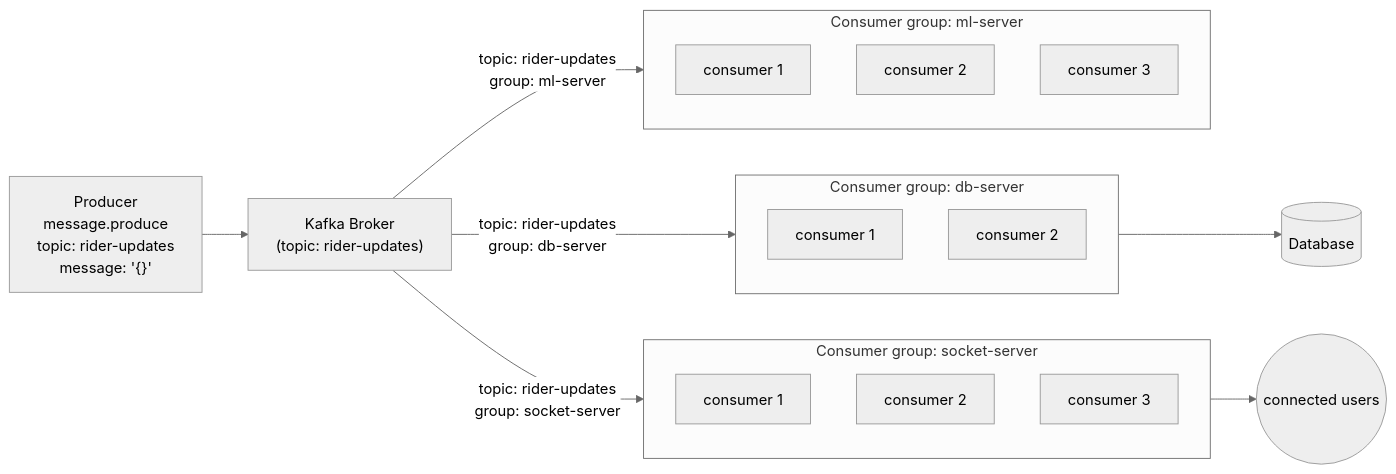
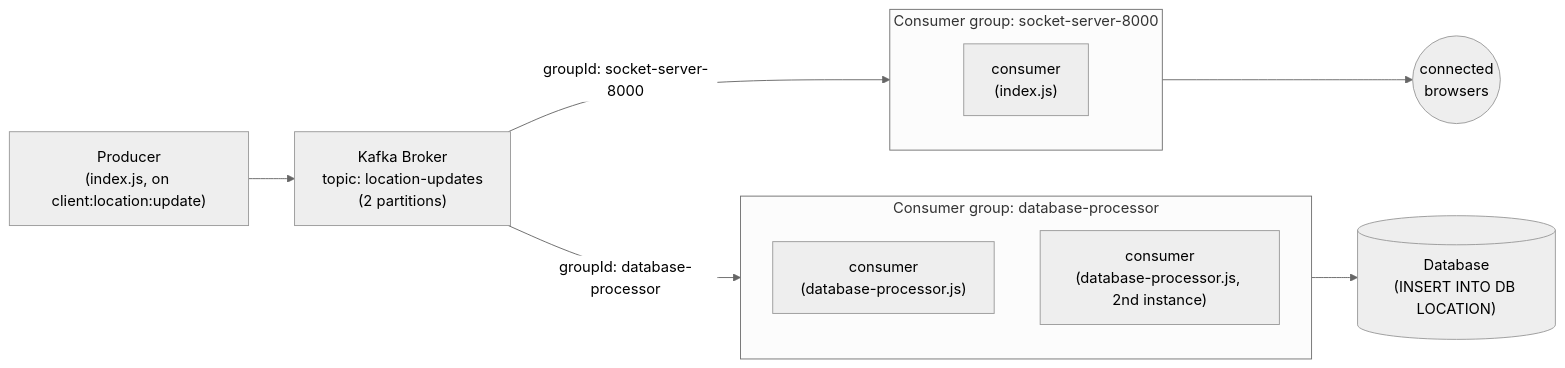
Before and after one commit to mohammedsaif001/full-stack-engineering-notes: the second of 2 diagrams in 07-backend/11-Kafka-Event-Streaming-Architecture.md, drawn with Mermaid (neutral theme). The commit also changed other lines of this file, not shown here.

Commit message:
kafka notes fix

````diff
--- a/07-backend/11-Kafka-Event-Streaming-Architecture.md
+++ b/07-backend/11-Kafka-Event-Streaming-Architecture.md
@@ -217,30 +256,20 @@
 ```mermaid
 flowchart LR
-    Producer["Producer\nmessage.produce\ntopic: rider-updates\nmessage: '{}'"] --> Broker["Kafka Broker\n(topic: rider-updates)"]
+    Producer["Producer\n(index.js, on client:location:update)"] --> Broker["Kafka Broker\ntopic: location-updates\n(2 partitions)"]
 
-    Broker -->|"topic: rider-updates\ngroup: db-server"| DBG["Consumer group: db-server"]
-    Broker -->|"topic: rider-updates\ngroup: socket-server"| SockG["Consumer group: socket-server"]
-    Broker -->|"topic: rider-updates\ngroup: ml-server"| MLG["Consumer group: ml-server"]
+    Broker -->|"groupId: database-processor"| D1
+    Broker -->|"groupId: socket-server-8000"| SK1
 
-    subgraph DBG["Consumer group: db-server"]
+    subgraph GroupDB["Consumer group: database-processor"]
         direction TB
-        D1["consumer 1"]
-        D2["consumer 2"]
+        D1["consumer\n(database-processor.js)"]
+        D2["consumer\n(database-processor.js, 2nd instance)"]
     end
-    DBG --> Database[("Database")]
+    GroupDB --> Database[("Database\n(INSERT INTO DB LOCATION)")]
 
-    subgraph SockG["Consumer group: socket-server"]
+    subgraph GroupSocket["Consumer group: socket-server-8000"]
         direction TB
-        SK1["consumer 1"]
-        SK2["consumer 2"]
-        SK3["consumer 3"]
+        SK1["consumer\n(index.js)"]
     end
-    SockG --> Users(("connected users"))
-
-    subgraph MLG["Consumer group: ml-server"]
-        direction TB
-        M1["consumer 1"]
-        M2["consumer 2"]
-        M3["consumer 3"]
-    end
+    GroupSocket --> Users(("connected\nbrowsers"))
 ```
````
